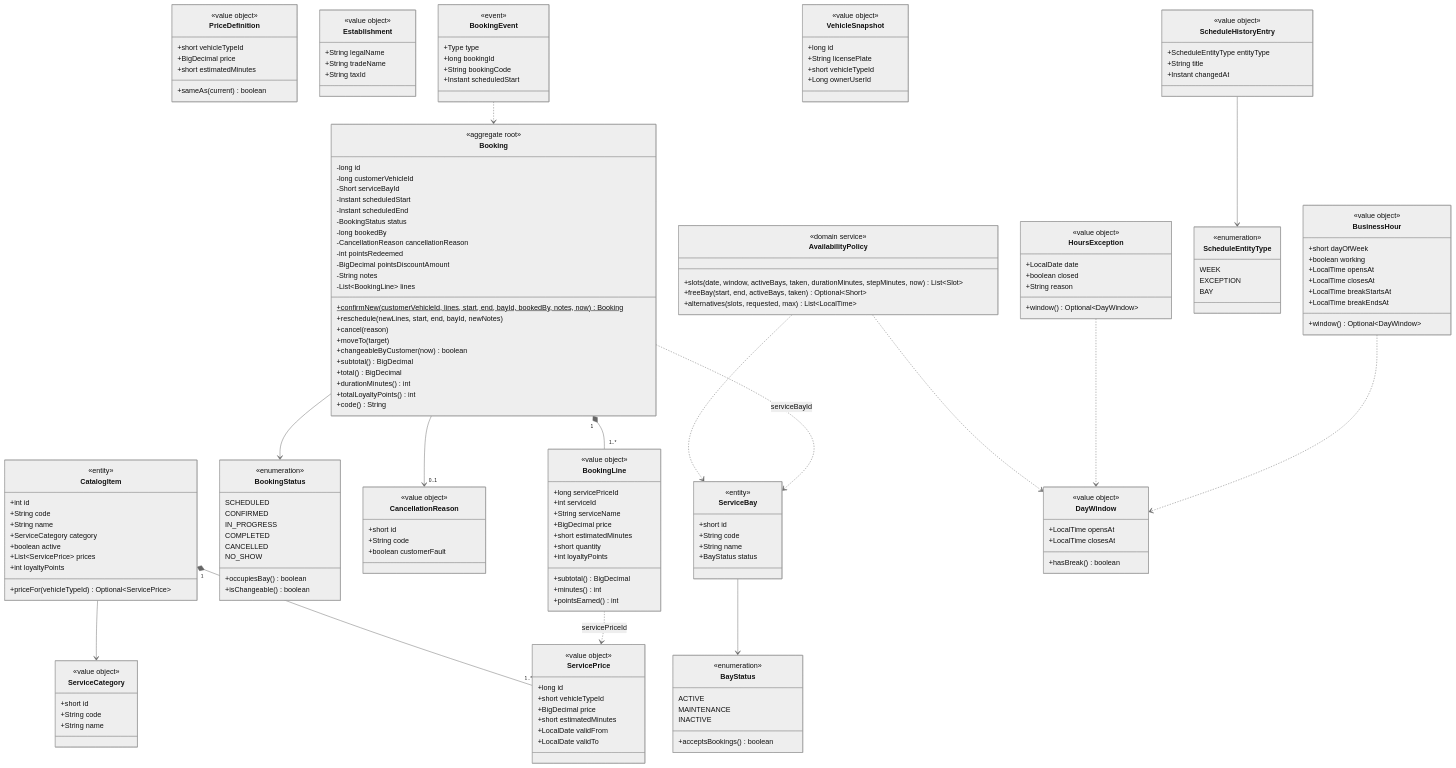
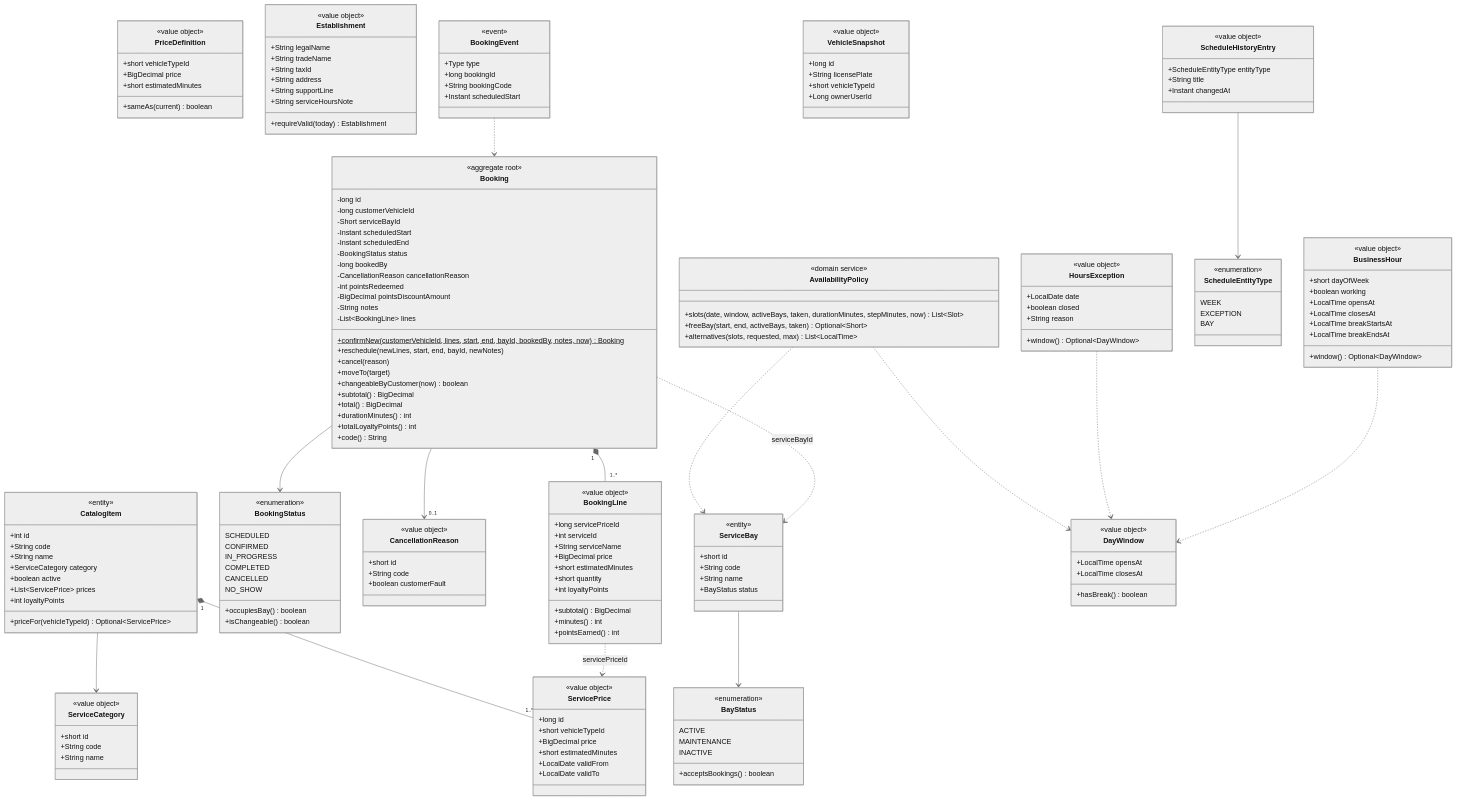
Diagram 12 of 19 in Diseno-del-Software/ES/Diseno-del-Software.md (BrayanCABRERA123/lavarapido-docs), drawn with Mermaid (neutral theme) before and after one commit. The commit also changed other lines of this file and 1 other file, not shown here.

```diff
--- a/Diseno-del-Software/ES/Diseno-del-Software.md
+++ b/Diseno-del-Software/ES/Diseno-del-Software.md
@@ -2048,6 +2221,10 @@
     +String legalName
     +String tradeName
     +String taxId
+    +String address
+    +String supportLine
+    +String serviceHoursNote
+    +requireValid(today) Establishment
   }
   class ScheduleHistoryEntry {
     <<value object>>
```
